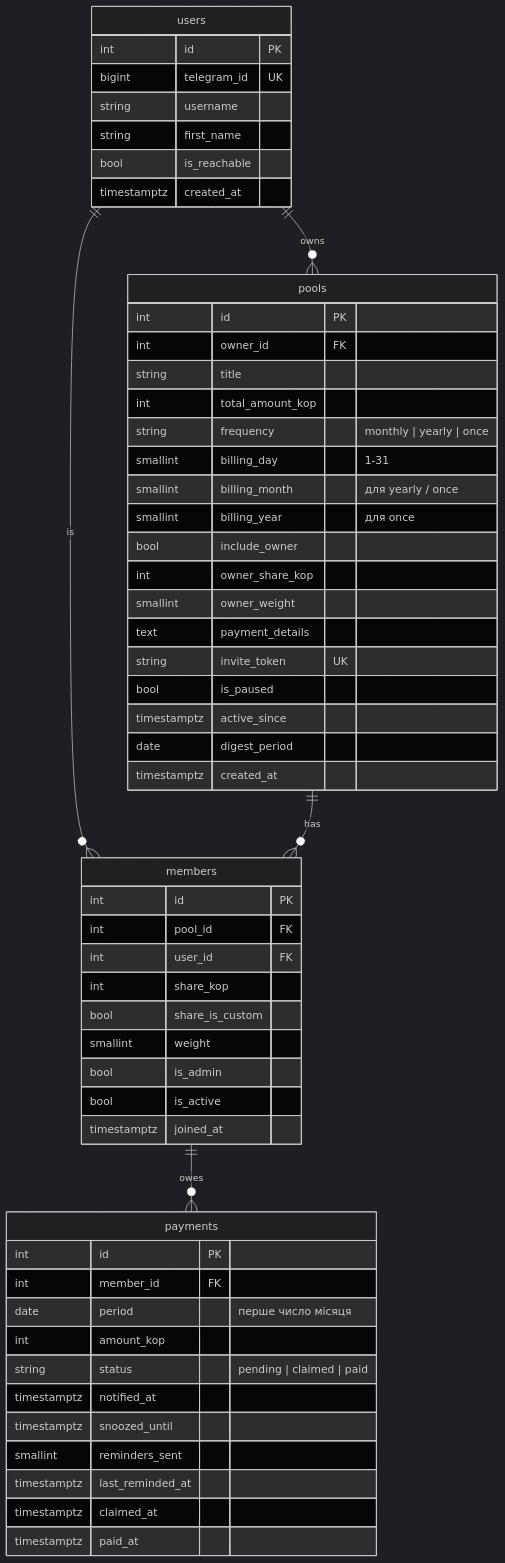
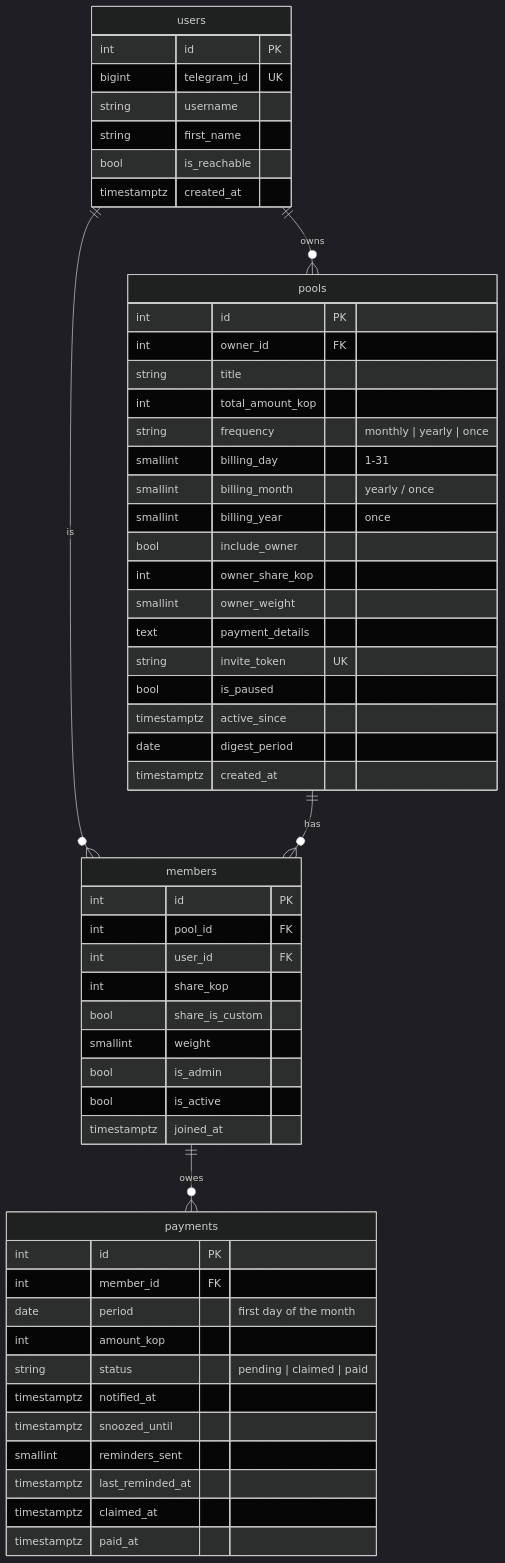
The second of 3 diagrams in README.md (timstt/skynemos), drawn with Mermaid (dark theme) before and after one commit. The commit also changed other lines of this file and 12 other files, not shown here.

````diff
--- a/README.md
+++ b/README.md
@@ -161,59 +157,59 @@
 ```mermaid
 erDiagram
     users ||--o{ pools : owns
     users ||--o{ members : "is"
     pools ||--o{ members : has
     members ||--o{ payments : owes
 
     users {
         int id PK
         bigint telegram_id UK
         string username
         string first_name
         bool is_reachable
         timestamptz created_at
     }
     pools {
         int id PK
         int owner_id FK
         string title
         int total_amount_kop
         string frequency "monthly | yearly | once"
         smallint billing_day "1-31"
-        smallint billing_month "для yearly / once"
-        smallint billing_year "для once"
+        smallint billing_month "yearly / once"
+        smallint billing_year "once"
         bool include_owner
         int owner_share_kop
         smallint owner_weight
         text payment_details
         string invite_token UK
         bool is_paused
         timestamptz active_since
         date digest_period
         timestamptz created_at
     }
     members {
         int id PK
         int pool_id FK
         int user_id FK
         int share_kop
         bool share_is_custom
         smallint weight
         bool is_admin
         bool is_active
         timestamptz joined_at
     }
     payments {
         int id PK
         int member_id FK
-        date period "перше число місяця"
+        date period "first day of the month"
         int amount_kop
         string status "pending | claimed | paid"
         timestamptz notified_at
         timestamptz snoozed_until
         smallint reminders_sent
         timestamptz last_reminded_at
         timestamptz claimed_at
         timestamptz paid_at
     }
 ```
````
